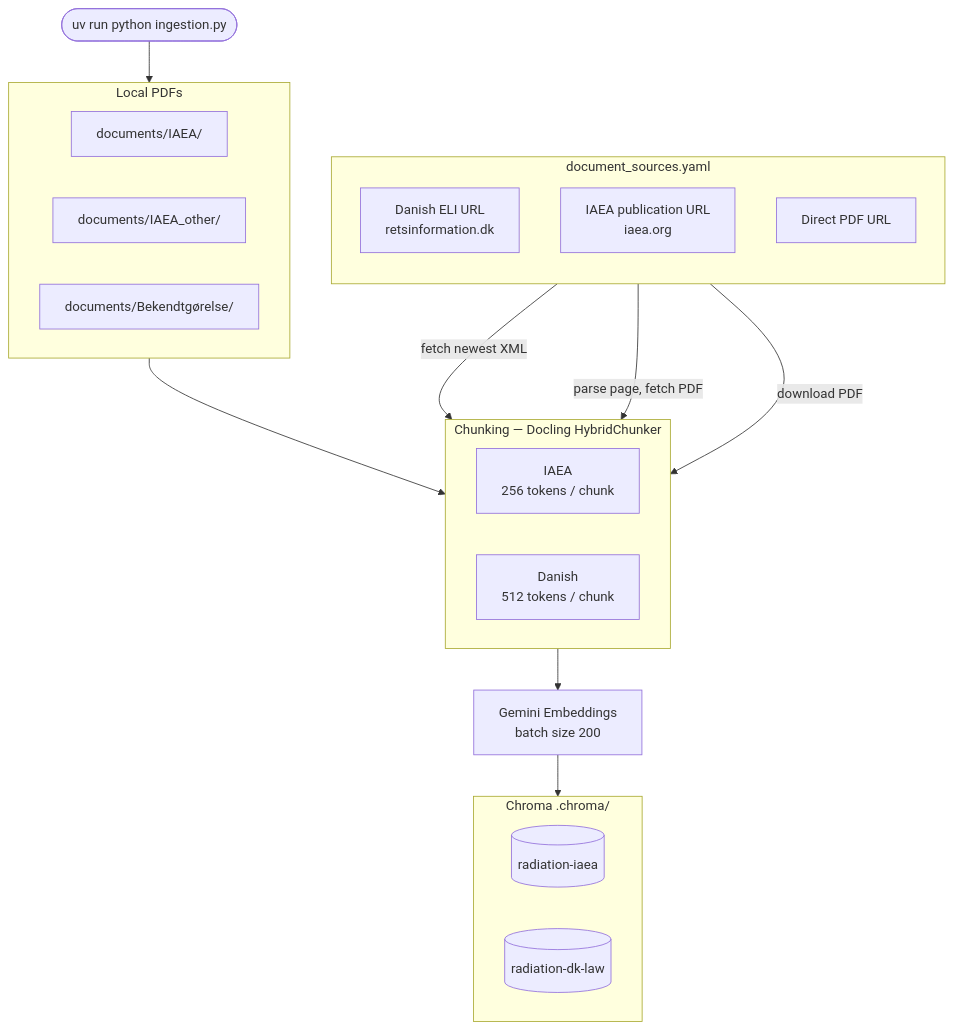
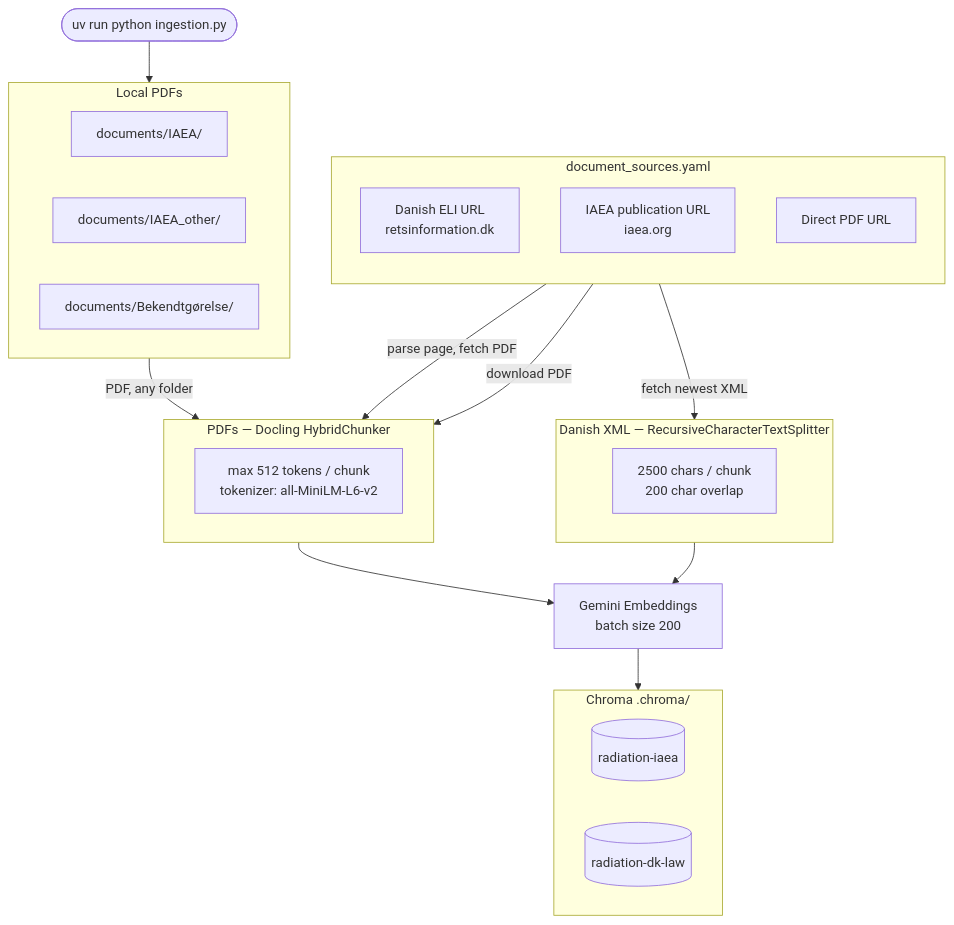
Before and after one commit to eikrad/Radiationsafety: the third of 5 diagrams in docs/architecture.md, drawn with Mermaid. The commit also changed other lines of this file and 3 other files, not shown here.

First line of the commit message:
docs: sync architecture/agent docs with current graph.py and api/main.py

````diff
--- a/docs/architecture.md
+++ b/docs/architecture.md
@@ -144,37 +149,40 @@
 ```mermaid
 flowchart TD
     START([uv run python ingestion.py]) --> LOCAL
 
     subgraph LOCAL [Local PDFs]
         direction LR
         IAEA[documents/IAEA/]
         OTHER[documents/IAEA_other/]
         DK[documents/Bekendtgørelse/]
     end
 
     subgraph REGISTRY [document_sources.yaml]
         direction TB
         DKURL[Danish ELI URL\nretsinformation.dk]
         IAEAURL[IAEA publication URL\niaea.org]
         DIRECT[Direct PDF URL]
     end
 
-    LOCAL --> CHUNK
-    DKURL -->|fetch newest XML| CHUNK
-    IAEAURL -->|parse page, fetch PDF| CHUNK
-    DIRECT -->|download PDF| CHUNK
+    LOCAL -->|PDF, any folder| CHUNK_PDF
+    IAEAURL -->|parse page, fetch PDF| CHUNK_PDF
+    DIRECT -->|download PDF| CHUNK_PDF
+    DKURL -->|fetch newest XML| CHUNK_XML
 
-    subgraph CHUNK [Chunking — Docling HybridChunker]
-        direction LR
-        C1[IAEA\n256 tokens / chunk]
-        C2[Danish\n512 tokens / chunk]
+    subgraph CHUNK_PDF [PDFs — Docling HybridChunker]
+        C1[max 512 tokens / chunk\ntokenizer: all-MiniLM-L6-v2]
     end
 
-    CHUNK --> EMBED[Gemini Embeddings\nbatch size 200]
+    subgraph CHUNK_XML [Danish XML — RecursiveCharacterTextSplitter]
+        C2[2500 chars / chunk\n200 char overlap]
+    end
+
+    CHUNK_PDF --> EMBED[Gemini Embeddings\nbatch size 200]
+    CHUNK_XML --> EMBED
     EMBED --> CHROMA
 
     subgraph CHROMA [Chroma .chroma/]
         COL1[(radiation-iaea)]
         COL2[(radiation-dk-law)]
     end
 ```
````
